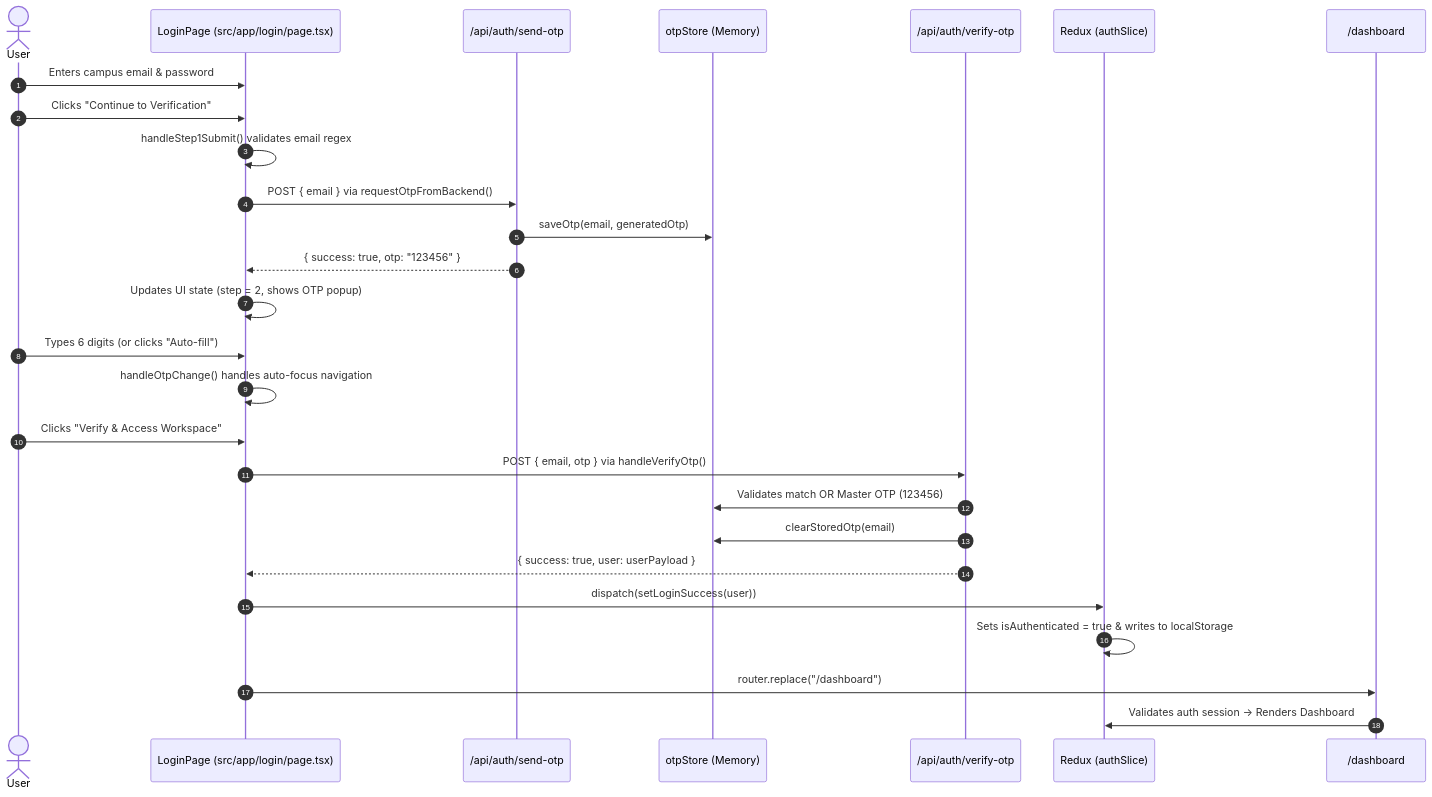
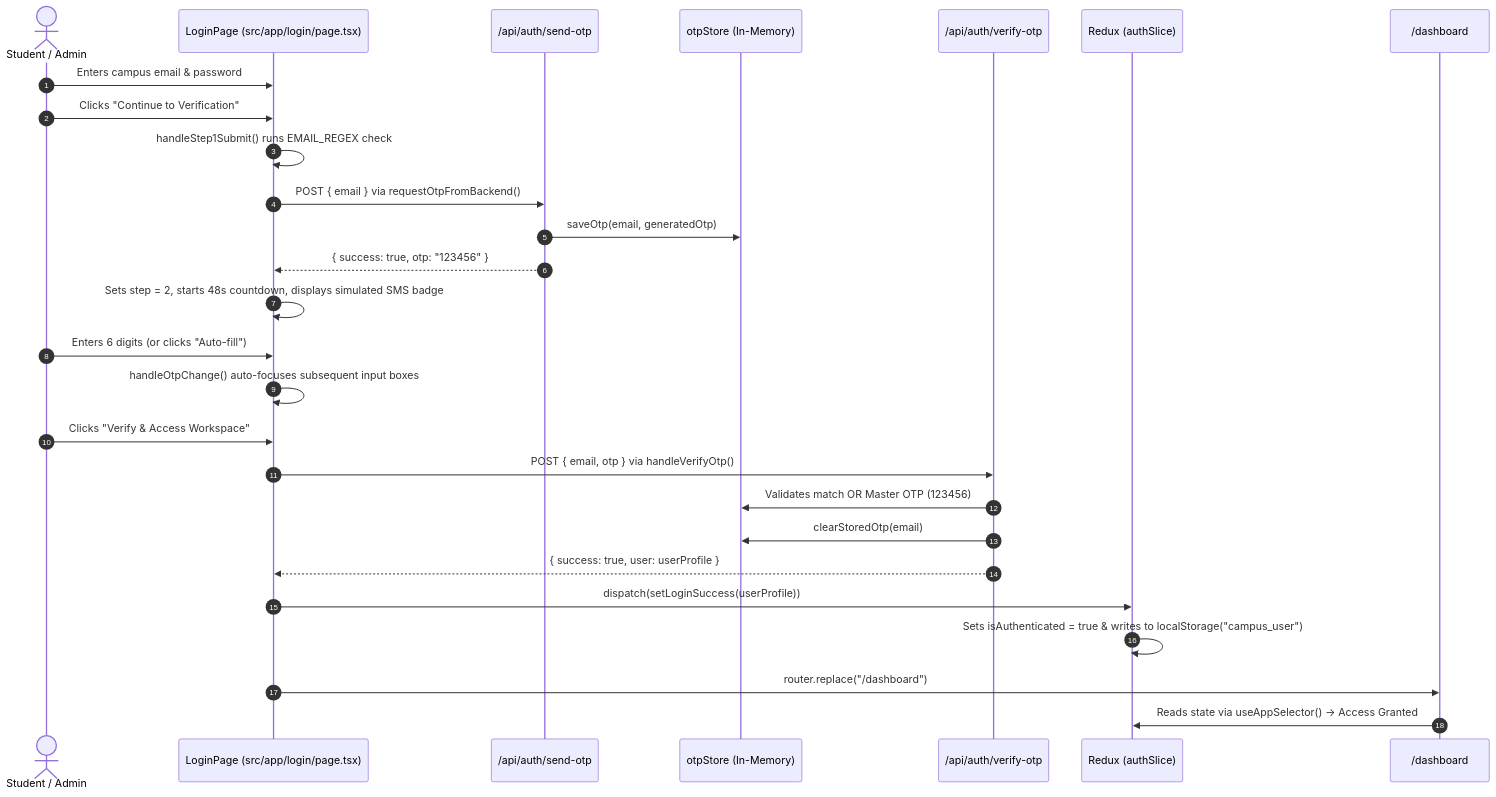
One commit to Soham3905/campus-commerce-v2 changed the first of 4 diagrams in implementation.md. Above: the diagram before and after it, drawn with Mermaid. The commit also changed other lines of this file, not shown here.

````diff
--- a/implementation.md
+++ b/implementation.md
@@ -61,35 +96,35 @@
 ```mermaid
 sequenceDiagram
     autonumber
-    actor User
+    actor User as Student / Admin
     participant Login as LoginPage (src/app/login/page.tsx)
     participant SendAPI as /api/auth/send-otp
-    participant Store as otpStore (Memory)
+    participant Store as otpStore (In-Memory)
     participant VerifyAPI as /api/auth/verify-otp
     participant Redux as Redux (authSlice)
     participant Dash as /dashboard
 
-    %% STEP 1
+    %% STEP 1: CREDENTIALS
     User->>Login: Enters campus email & password
     User->>Login: Clicks "Continue to Verification"
-    Login->>Login: handleStep1Submit() validates email regex
+    Login->>Login: handleStep1Submit() runs EMAIL_REGEX check
     Login->>SendAPI: POST { email } via requestOtpFromBackend()
     SendAPI->>Store: saveOtp(email, generatedOtp)
     SendAPI-->>Login: { success: true, otp: "123456" }
-    Login->>Login: Updates UI state (step = 2, shows OTP popup)
+    Login->>Login: Sets step = 2, starts 48s countdown, displays simulated SMS badge
 
-    %% STEP 2
-    User->>Login: Types 6 digits (or clicks "Auto-fill")
-    Login->>Login: handleOtpChange() handles auto-focus navigation
+    %% STEP 2: 2FA VERIFICATION
+    User->>Login: Enters 6 digits (or clicks "Auto-fill")
+    Login->>Login: handleOtpChange() auto-focuses subsequent input boxes
     User->>Login: Clicks "Verify & Access Workspace"
     Login->>VerifyAPI: POST { email, otp } via handleVerifyOtp()
     VerifyAPI->>Store: Validates match OR Master OTP (123456)
     VerifyAPI->>Store: clearStoredOtp(email)
-    VerifyAPI-->>Login: { success: true, user: userPayload }
+    VerifyAPI-->>Login: { success: true, user: userProfile }
 
-    %% STEP 3
-    Login->>Redux: dispatch(setLoginSuccess(user))
-    Redux->>Redux: Sets isAuthenticated = true & writes to localStorage
+    %% STEP 3: SESSION PERSISTENCE & ROUTING
+    Login->>Redux: dispatch(setLoginSuccess(userProfile))
+    Redux->>Redux: Sets isAuthenticated = true & writes to localStorage("campus_user")
     Login->>Dash: router.replace("/dashboard")
-    Dash->>Redux: Validates auth session -> Renders Dashboard
+    Dash->>Redux: Reads state via useAppSelector() -> Access Granted
 ```
````
